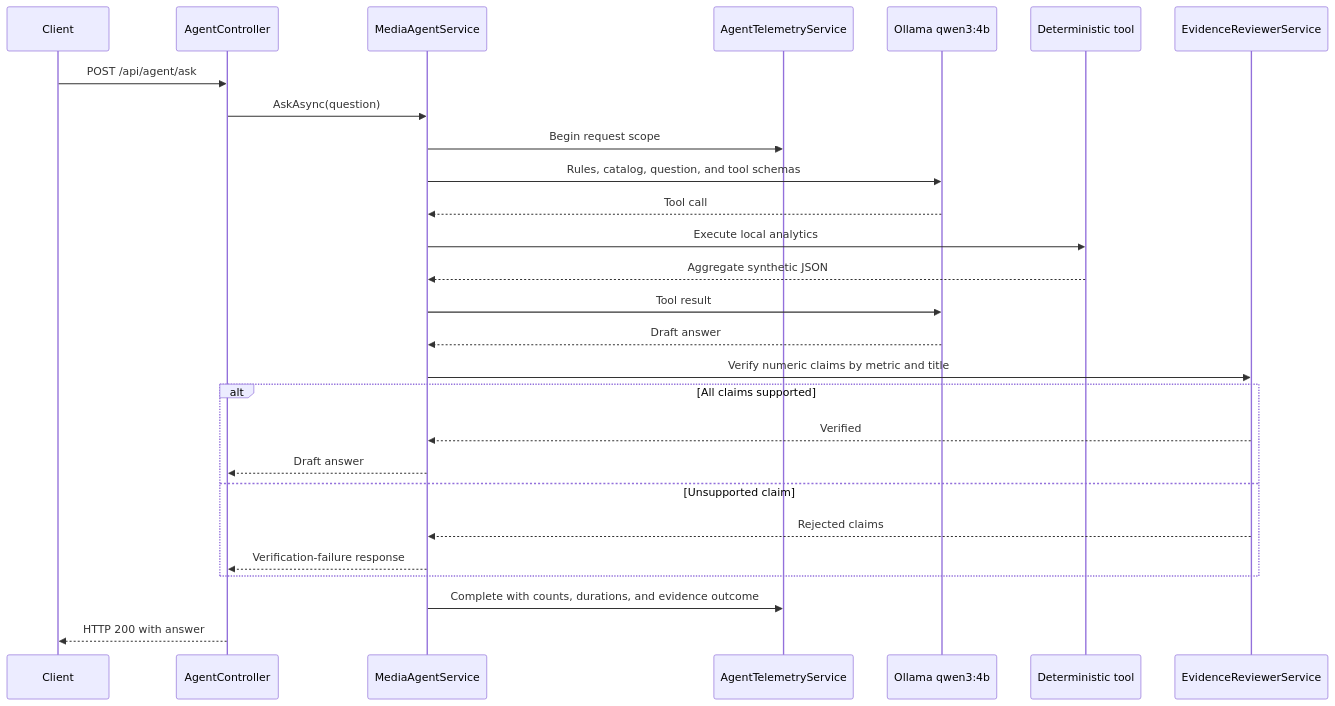
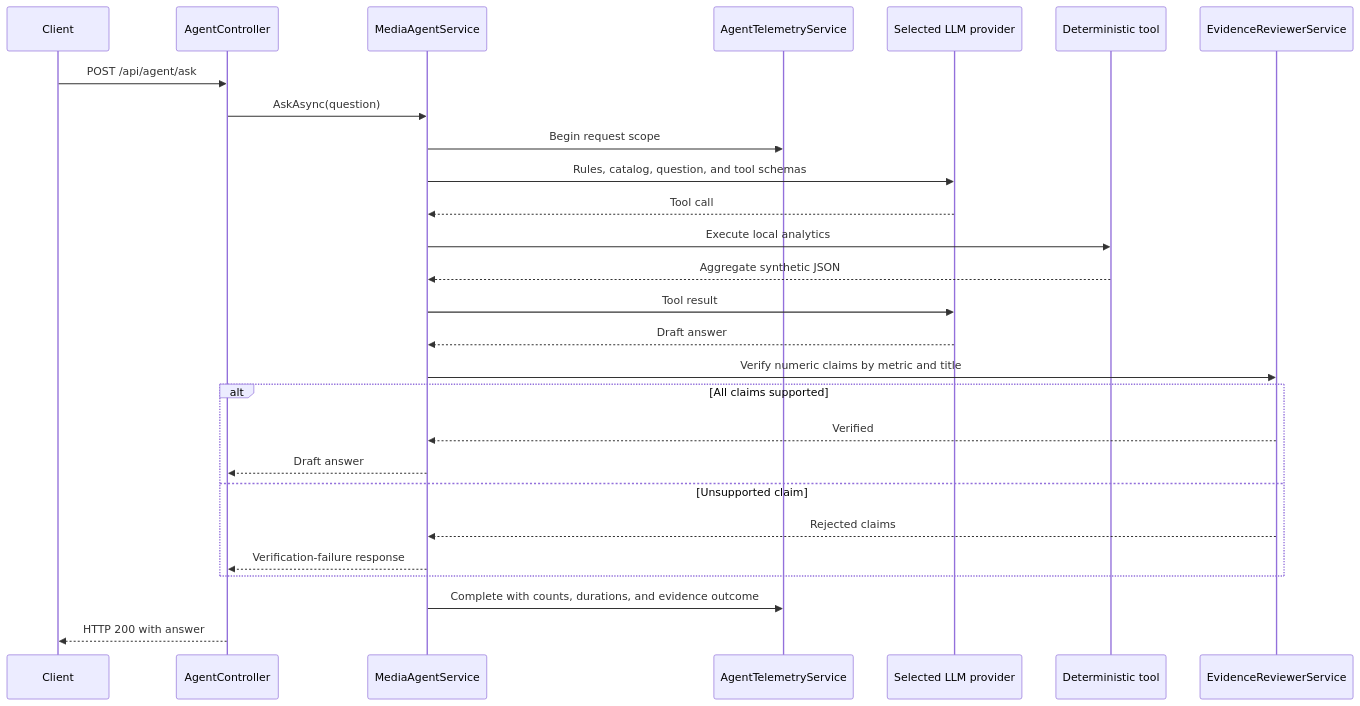
The second of 2 diagrams in docs/architecture.md (thaeri/Media-Intelligence-Agent), drawn with Mermaid before and after one commit. The commit also changed other lines of this file and 12 other files, not shown here.

Commit message:
feat(llm): support Ollama OpenAI and Microsoft Foundry providers

````diff
--- a/docs/architecture.md
+++ b/docs/architecture.md
@@ -42,30 +63,30 @@
 ```mermaid
 sequenceDiagram
     participant C as Client
     participant A as AgentController
     participant M as MediaAgentService
     participant T as AgentTelemetryService
-    participant L as Ollama qwen3:4b
+    participant L as Selected LLM provider
     participant D as Deterministic tool
     participant E as EvidenceReviewerService
 
     C->>A: POST /api/agent/ask
     A->>M: AskAsync(question)
     M->>T: Begin request scope
     M->>L: Rules, catalog, question, and tool schemas
     L-->>M: Tool call
     M->>D: Execute local analytics
     D-->>M: Aggregate synthetic JSON
     M->>L: Tool result
     L-->>M: Draft answer
     M->>E: Verify numeric claims by metric and title
     alt All claims supported
         E-->>M: Verified
         M-->>A: Draft answer
     else Unsupported claim
         E-->>M: Rejected claims
         M-->>A: Verification-failure response
     end
     M->>T: Complete with counts, durations, and evidence outcome
     A-->>C: HTTP 200 with answer
 ```
````
